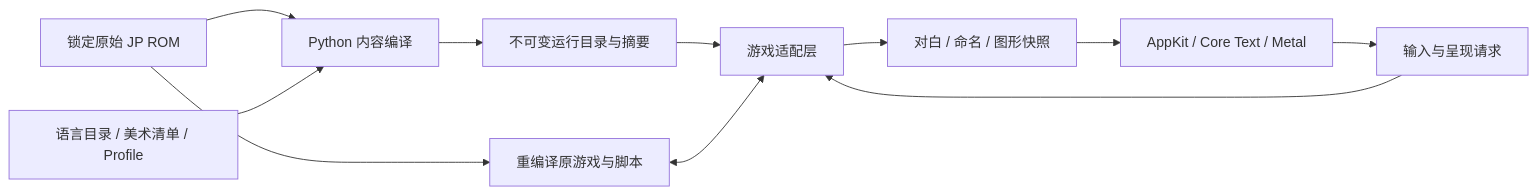
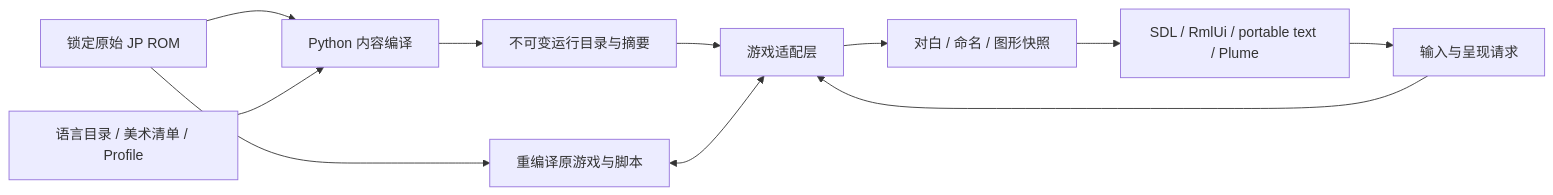
The diagram in docs/guide/native-development.md (dyzz/srw64-recomp), drawn with Mermaid before and after one commit. The commit also changed other lines of this file and 26 other files, not shown here.

````diff
--- a/docs/guide/native-development.md
+++ b/docs/guide/native-development.md
@@ -56,13 +56,13 @@
 ```mermaid
 flowchart LR
     ROM[锁定原始 JP ROM] --> Compile[Python 内容编译]
     Content[语言目录 / 美术清单 / Profile] --> Compile
     Compile --> Frozen[不可变运行目录与摘要]
     ROM --> Guest[重编译原游戏与脚本]
     Frozen --> Adapter[游戏适配层]
     Guest <--> Adapter
     Adapter --> Snapshot[对白 / 命名 / 图形快照]
-    Snapshot --> UI[AppKit / Core Text / Metal]
+    Snapshot --> UI[SDL / RmlUi / portable text / Plume]
     UI --> Request[输入与呈现请求]
     Request --> Adapter
 ```
````
